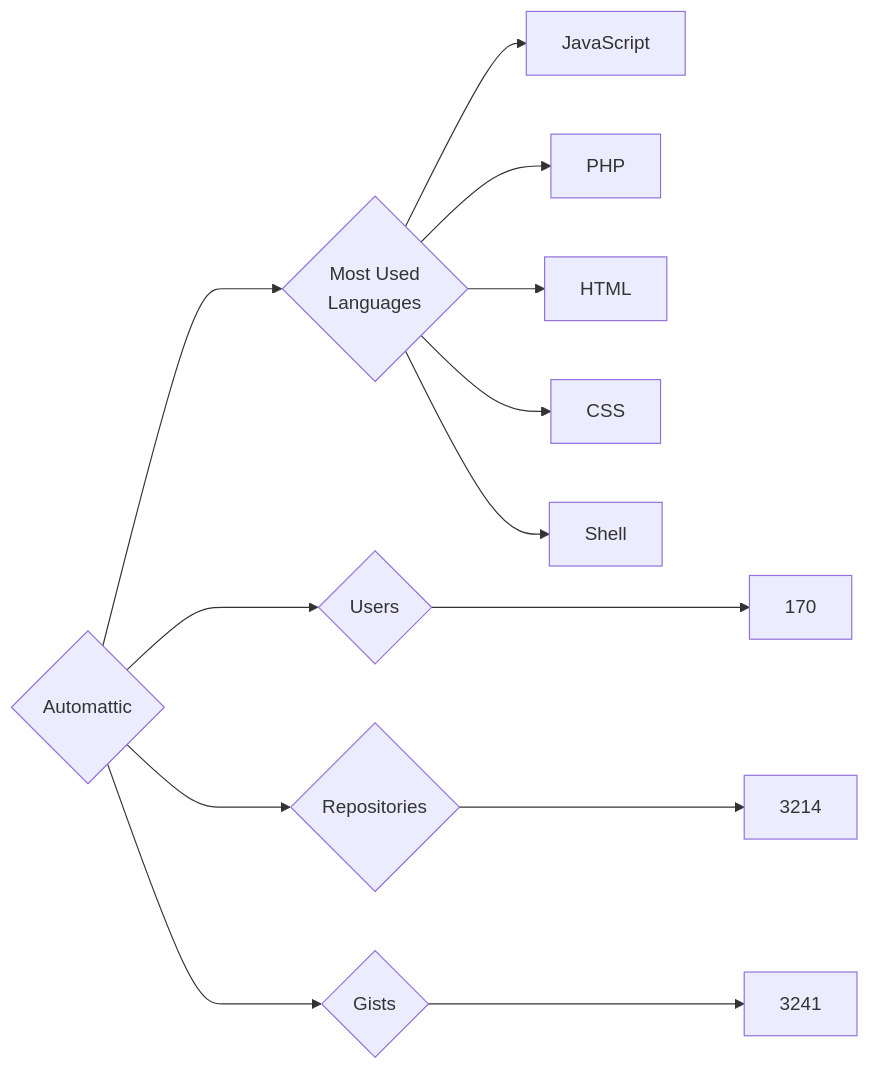
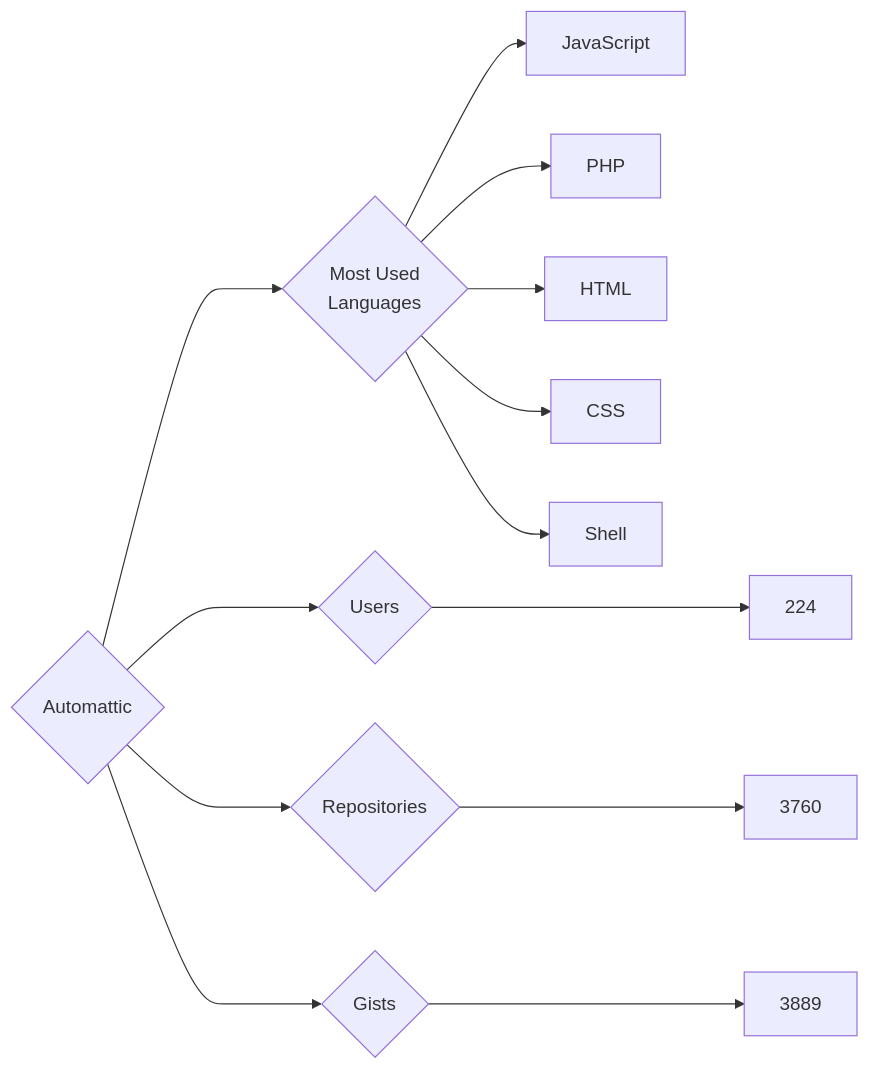
One commit to trickest/insiders changed the diagram in targets/Automattic/README.md. Above: the diagram before and after it, drawn with Mermaid. The commit also changed 914 other files, not shown here.

````diff
--- a/targets/Automattic/README.md
+++ b/targets/Automattic/README.md
@@ -3,13 +3,13 @@
 ```mermaid
 graph LR
 COMPANY_NAME{Automattic}
-COMPANY_NAME ---> U{Users} ---> UN[170]
-COMPANY_NAME ---> R{Repositories} ---> RN[3214]
-COMPANY_NAME ---> G{Gists} ---> GN[3241]
+COMPANY_NAME ---> U{Users} ---> UN[224]
+COMPANY_NAME ---> R{Repositories} ---> RN[3760]
+COMPANY_NAME ---> G{Gists} ---> GN[3889]
 COMPANY_NAME ---> ML{Most Used<br>Languages}
 ML --> JavaScript[JavaScript]
 ML --> PHP[PHP]
 ML --> HTML[HTML]
 ML --> CSS[CSS]
 ML --> Shell[Shell]
 ```
````
